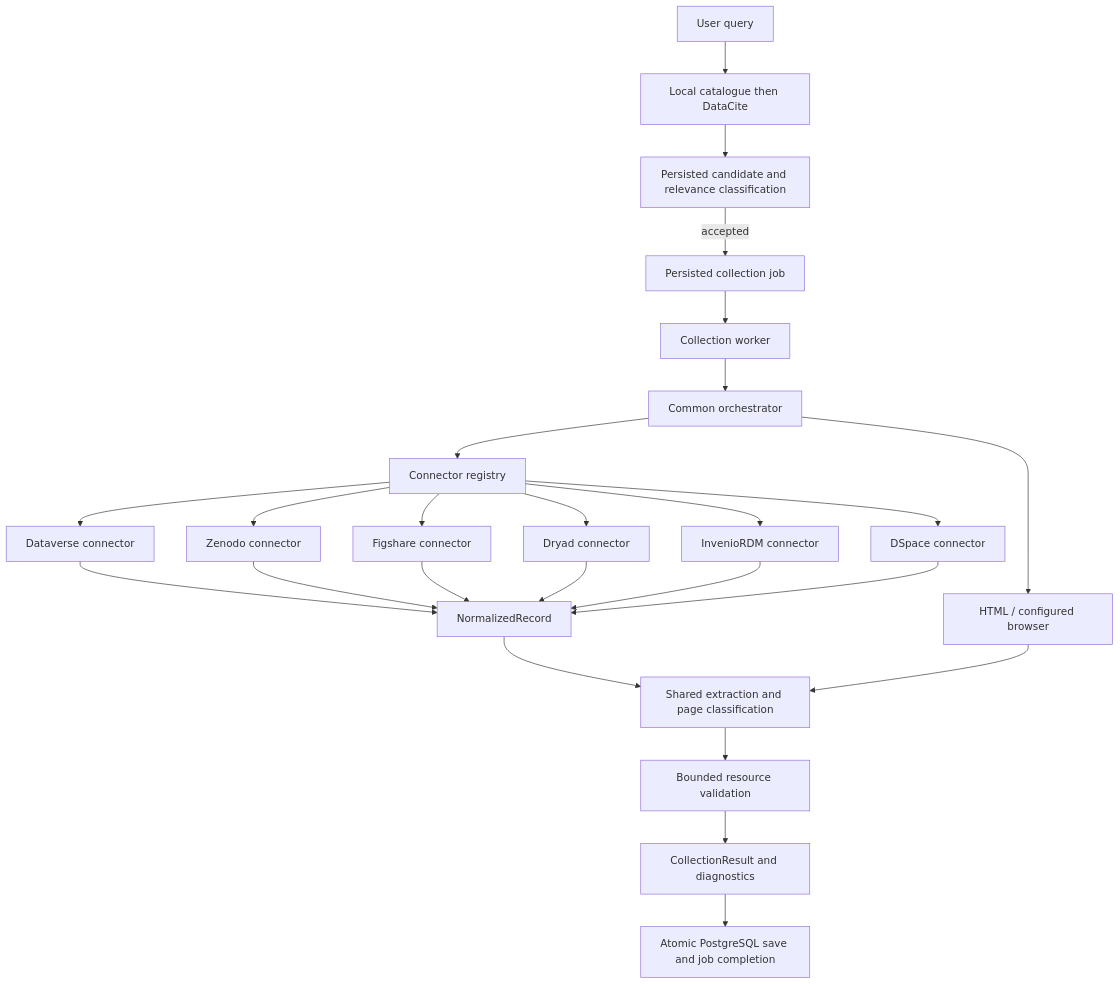
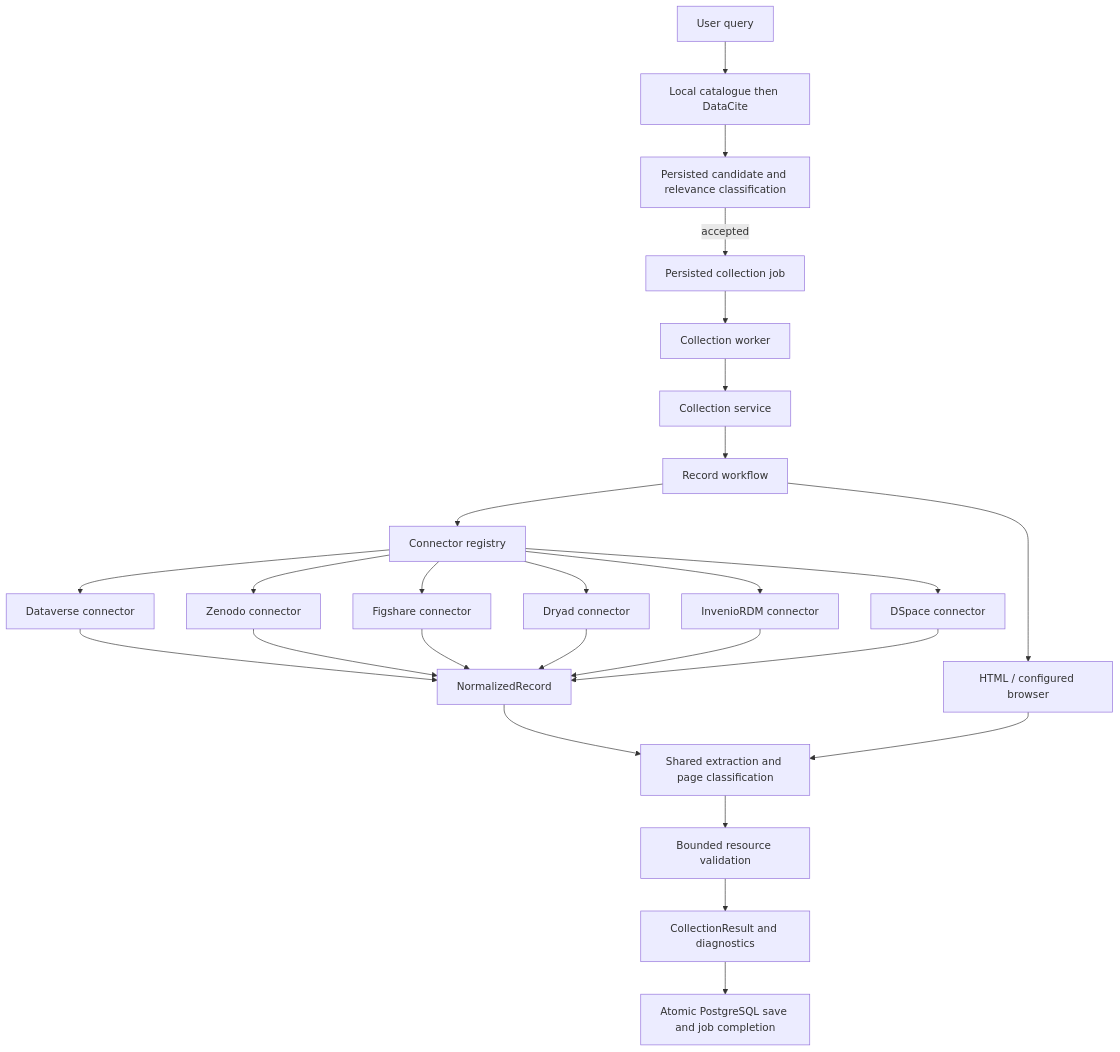
Before and after one commit to nicolasberlin/global-health-dataset-catalog: the diagram in docs/reference/collection-connectors.md, drawn with Mermaid. The commit also changed other lines of this file and 52 other files, not shown here.

````diff
--- a/docs/reference/collection-connectors.md
+++ b/docs/reference/collection-connectors.md
@@ -9,27 +9,28 @@
 ```mermaid
 flowchart TD
     Query[User query] --> Search[Local catalogue then DataCite]
     Search --> Candidate[Persisted candidate and relevance classification]
     Candidate -->|accepted| Job[Persisted collection job]
     Job --> Worker[Collection worker]
-    Worker --> Orchestrator[Common orchestrator]
+    Worker --> Service[Collection service]
+    Service --> Orchestrator[Record workflow]
     Orchestrator --> Registry[Connector registry]
     Registry --> Dataverse[Dataverse connector]
     Registry --> Zenodo[Zenodo connector]
     Registry --> Figshare[Figshare connector]
     Registry --> Dryad[Dryad connector]
     Registry --> Invenio[InvenioRDM connector]
     Registry --> DSpace[DSpace connector]
     Dataverse --> Record[NormalizedRecord]
     Zenodo --> Record
     Figshare --> Record
     Dryad --> Record
     Invenio --> Record
     DSpace --> Record
     Orchestrator --> Fallback[HTML / configured browser]
     Record --> Pipeline[Shared extraction and page classification]
     Fallback --> Pipeline
     Pipeline --> Validation[Bounded resource validation]
     Validation --> Result[CollectionResult and diagnostics]
     Result --> Commit[Atomic PostgreSQL save and job completion]
 ```
````
